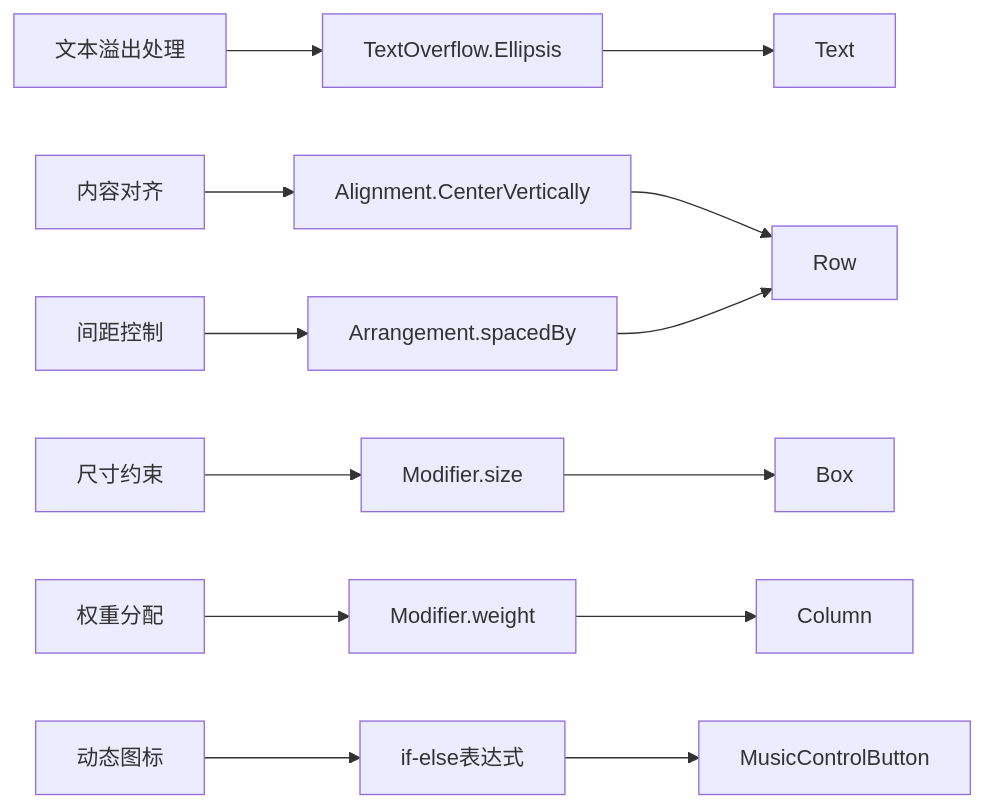
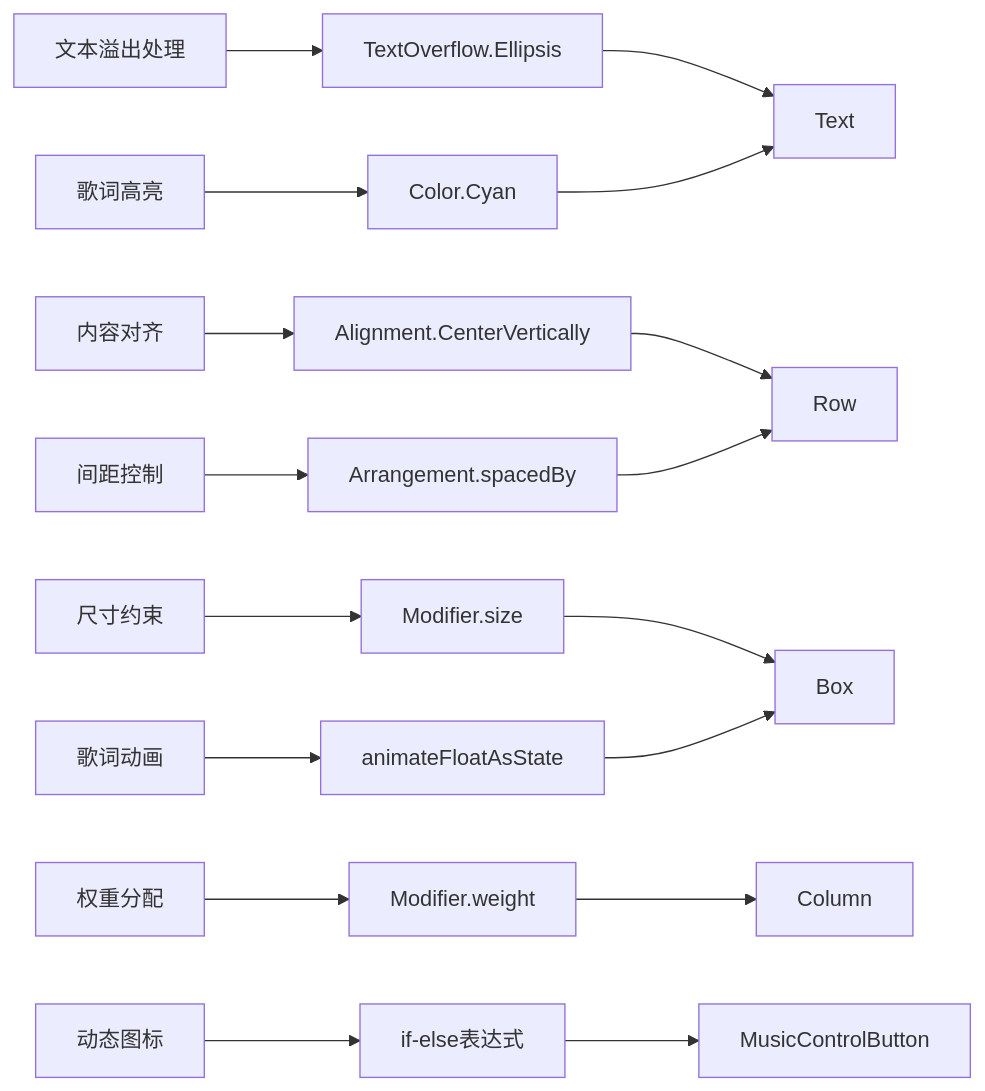
One commit to lantongxue/MyCarLauncher changed the sixth of 8 diagrams in .qoder/repowiki/zh/content/核心功能/音乐控制/音乐控制UI组件.md. Above: the diagram before and after it, drawn with Mermaid. The commit also changed other lines of this file and 3 other files, not shown here.

````diff
--- a/.qoder/repowiki/zh/content/核心功能/音乐控制/音乐控制UI组件.md
+++ b/.qoder/repowiki/zh/content/核心功能/音乐控制/音乐控制UI组件.md
@@ -155,15 +222,19 @@
 ```mermaid
 flowchart LR
 A[文本溢出处理] --> B[TextOverflow.Ellipsis]
 C[内容对齐] --> D[Alignment.CenterVertically]
 E[间距控制] --> F[Arrangement.spacedBy]
 G[尺寸约束] --> H[Modifier.size]
 I[权重分配] --> J[Modifier.weight]
 K[动态图标] --> L[if-else表达式]
+M[歌词高亮] --> N[Color.Cyan]
+O[歌词动画] --> P[animateFloatAsState]
 B --> Text
 D --> Row
 F --> Row
 H --> Box
 J --> Column
 L --> MusicControlButton
+N --> Text
+P --> Box
 ```
````
